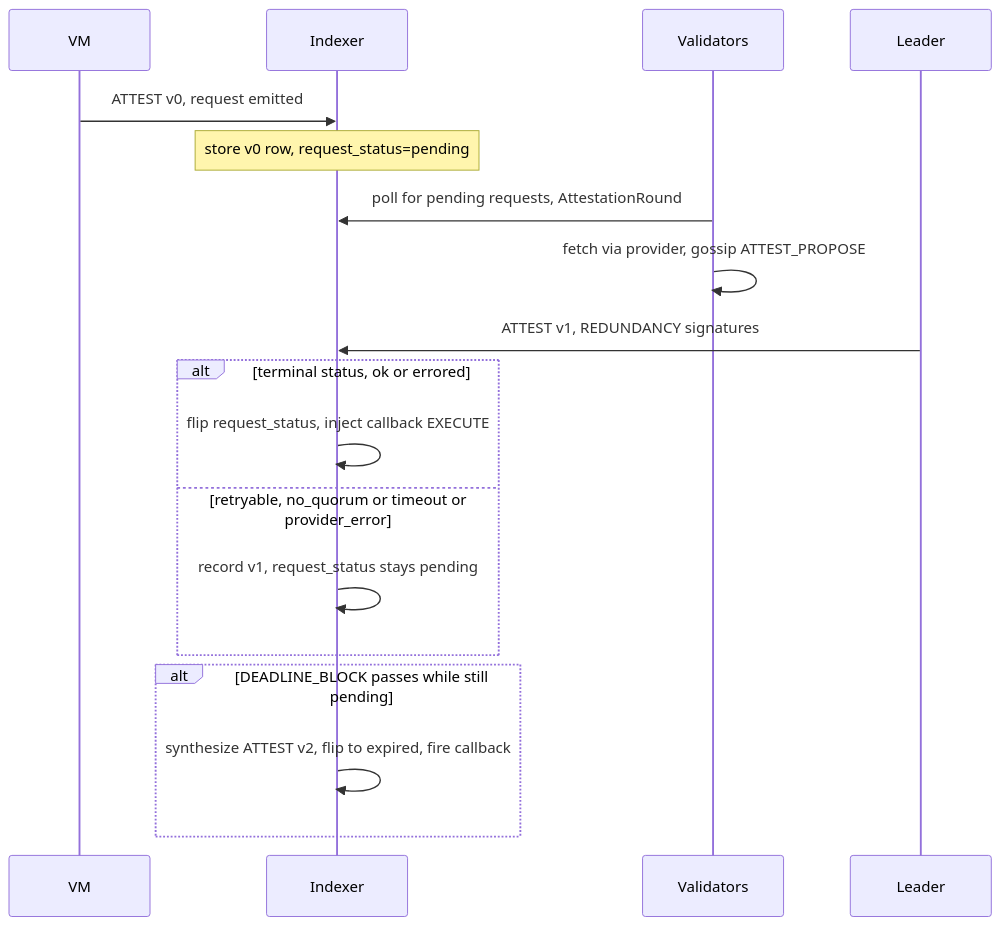
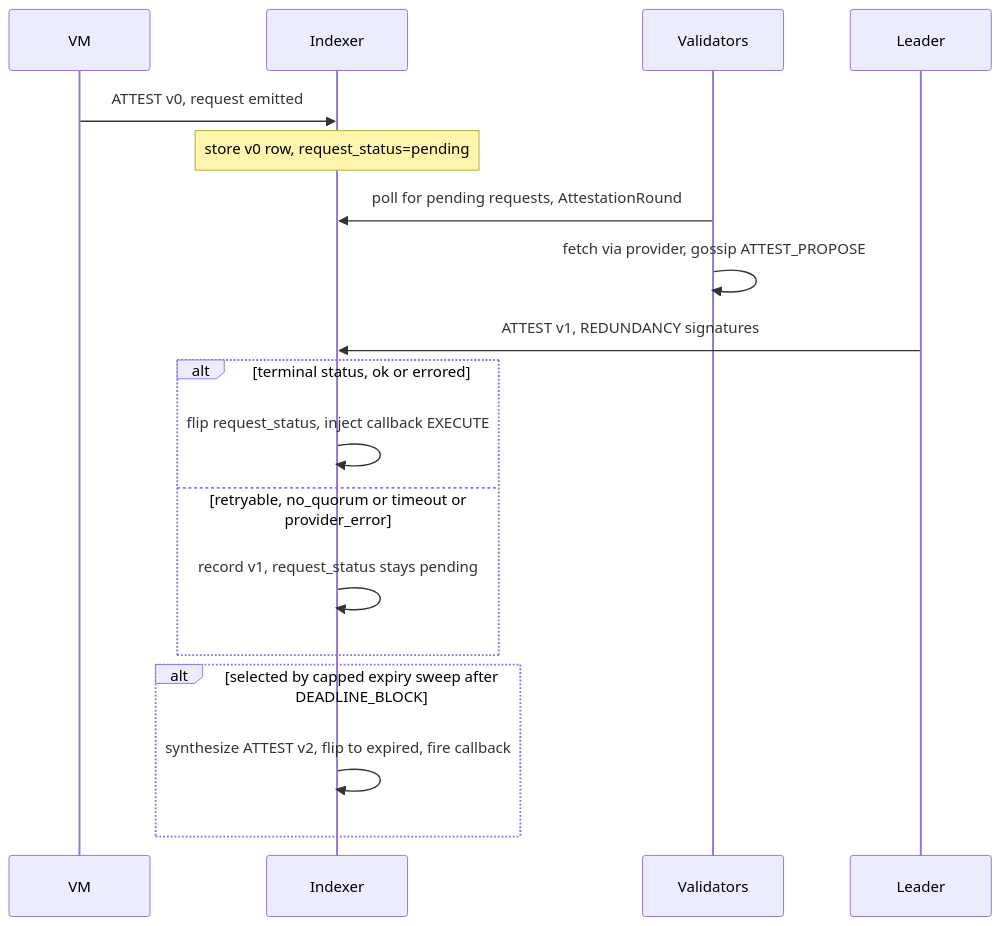
The first of 2 diagrams in protocol/actions/attest.md (XChain-Platform/xchain-documentation), drawn with Mermaid before and after one commit. The commit also changed other lines of this file and 45 other files, not shown here.

````diff
--- a/protocol/actions/attest.md
+++ b/protocol/actions/attest.md
@@ -207,21 +208,21 @@
 ```mermaid
 sequenceDiagram
     participant VM
     participant Indexer
     participant Validators
     participant Leader
 
     VM->>Indexer: ATTEST v0, request emitted
     Note over Indexer: store v0 row, request_status=pending
     Validators->>Indexer: poll for pending requests, AttestationRound
     Validators->>Validators: fetch via provider, gossip ATTEST_PROPOSE
     Leader->>Indexer: ATTEST v1, REDUNDANCY signatures
     alt terminal status, ok or errored
         Indexer->>Indexer: flip request_status, inject callback EXECUTE
     else retryable, no_quorum or timeout or provider_error
         Indexer->>Indexer: record v1, request_status stays pending
     end
-    alt DEADLINE_BLOCK passes while still pending
+    alt selected by capped expiry sweep after DEADLINE_BLOCK
         Indexer->>Indexer: synthesize ATTEST v2, flip to expired, fire callback
     end
 ```
````
